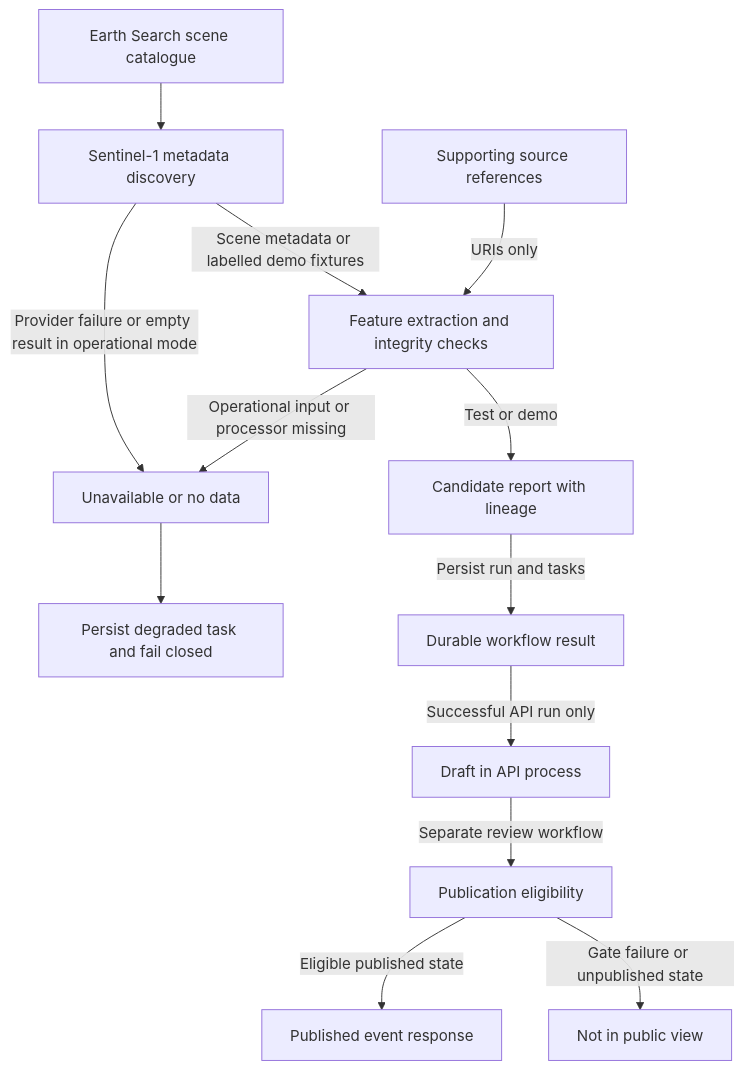
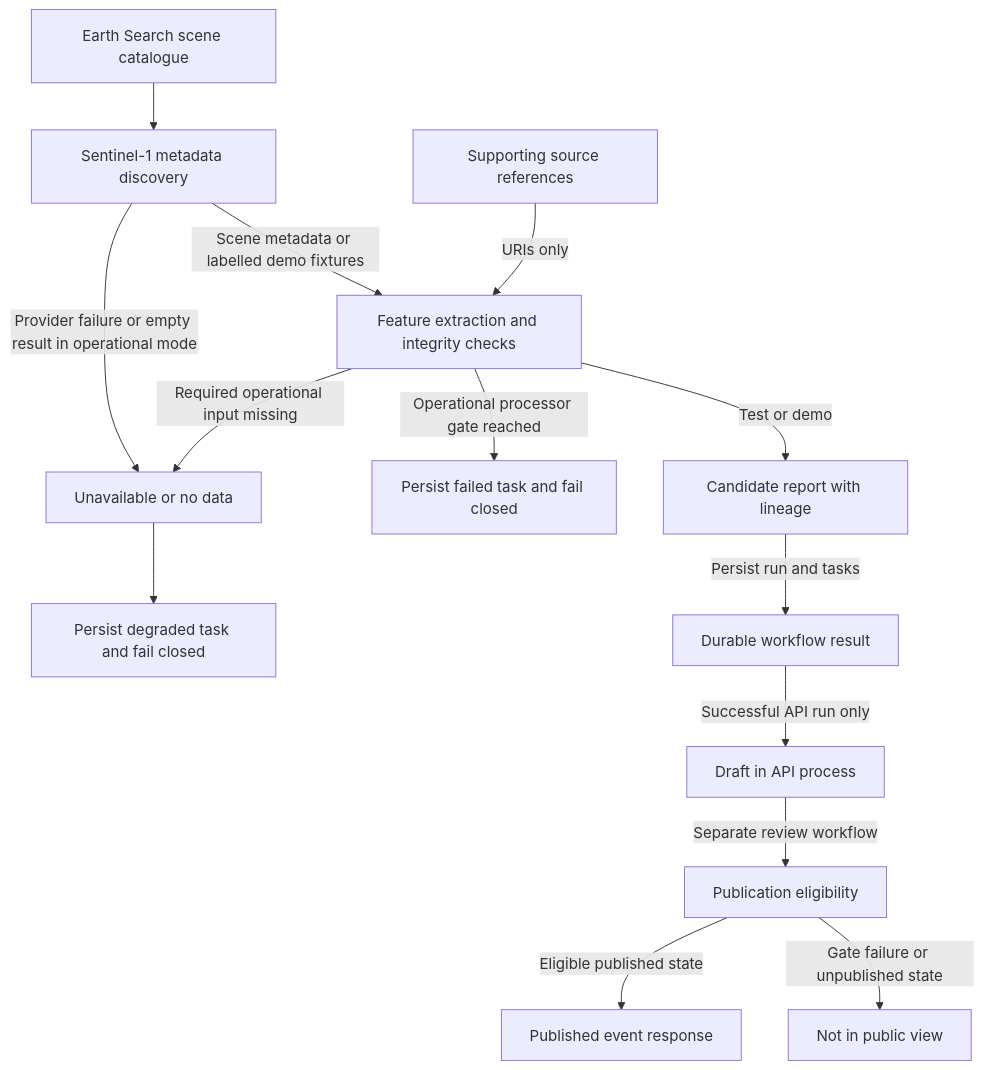
One commit to afaq-ahmad/pakistan-flood-monitor changed the diagram in docs/architecture-environmental-data.md. Above: the diagram before and after it, drawn with Mermaid. The commit also changed other lines of this file and 14 other files, not shown here.

````diff
--- a/docs/architecture-environmental-data.md
+++ b/docs/architecture-environmental-data.md
@@ -9,15 +9,16 @@
 ```mermaid
 flowchart TD
     STAC["Earth Search scene catalogue"] --> Discovery["Sentinel-1 metadata discovery"]
     Discovery -->|Provider failure or empty result in operational mode| Blocked["Unavailable or no data"]
     Discovery -->|Scene metadata or labelled demo fixtures| Features["Feature extraction and integrity checks"]
     Links["Supporting source references"] -->|URIs only| Features
-    Features -->|Operational input or processor missing| Blocked
+    Features -->|Required operational input missing| Blocked
+    Features -->|Operational processor gate reached| Failed["Persist failed task and fail closed"]
     Blocked --> Degraded["Persist degraded task and fail closed"]
     Features -->|Test or demo| Candidate["Candidate report with lineage"]
     Candidate -->|Persist run and tasks| Run["Durable workflow result"]
     Run -->|Successful API run only| Draft["Draft in API process"]
     Draft -->|Separate review workflow| Gate["Publication eligibility"]
     Gate -->|Eligible published state| Public["Published event response"]
     Gate -->|Gate failure or unpublished state| Withheld["Not in public view"]
 ```
````
